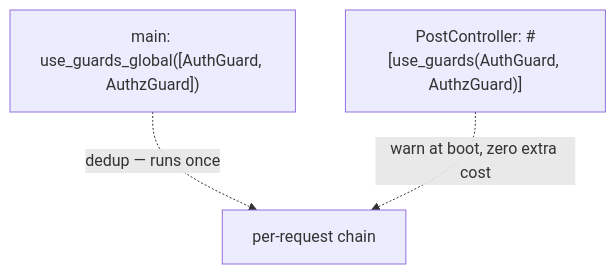
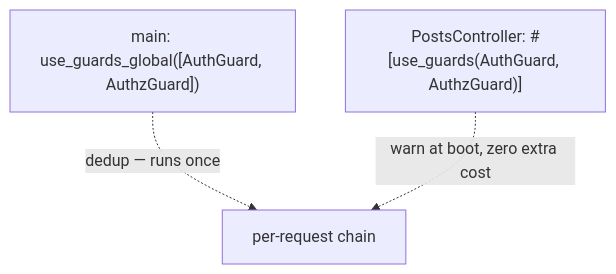
The fifth of 5 diagrams in docs/src/content/docs/fundamentals/guards.mdx (YV17labs/NestRS), drawn with Mermaid before and after one commit. The commit also changed other lines of this file and 27 other files, not shown here.

````diff
--- a/docs/src/content/docs/fundamentals/guards.mdx
+++ b/docs/src/content/docs/fundamentals/guards.mdx
@@ -406,7 +406,7 @@
 ```mermaid
 flowchart TB
   MAIN["main: use_guards_global([AuthGuard, AuthzGuard])"]
-  PC["PostController: #[use_guards(AuthGuard, AuthzGuard)]"]
+  PC["PostsController: #[use_guards(AuthGuard, AuthzGuard)]"]
   MAIN -. "dedup — runs once" .-> RUN[per-request chain]
   PC -. "warn at boot, zero extra cost" .-> RUN
 ```
````
